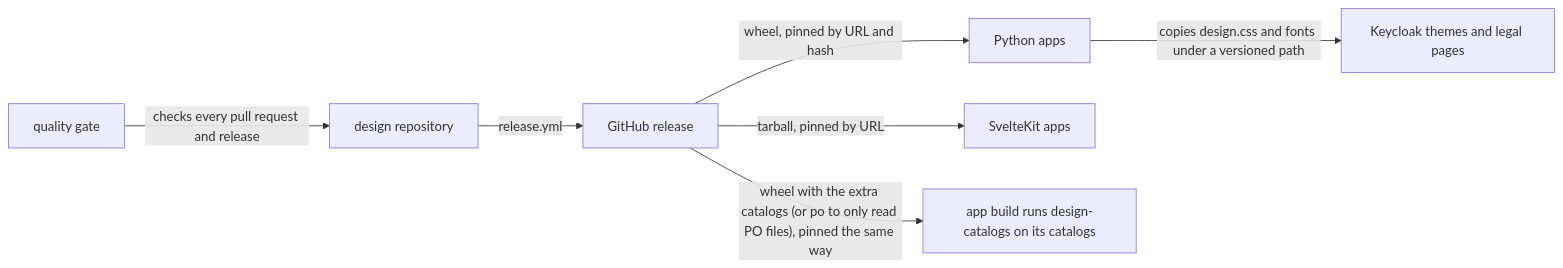
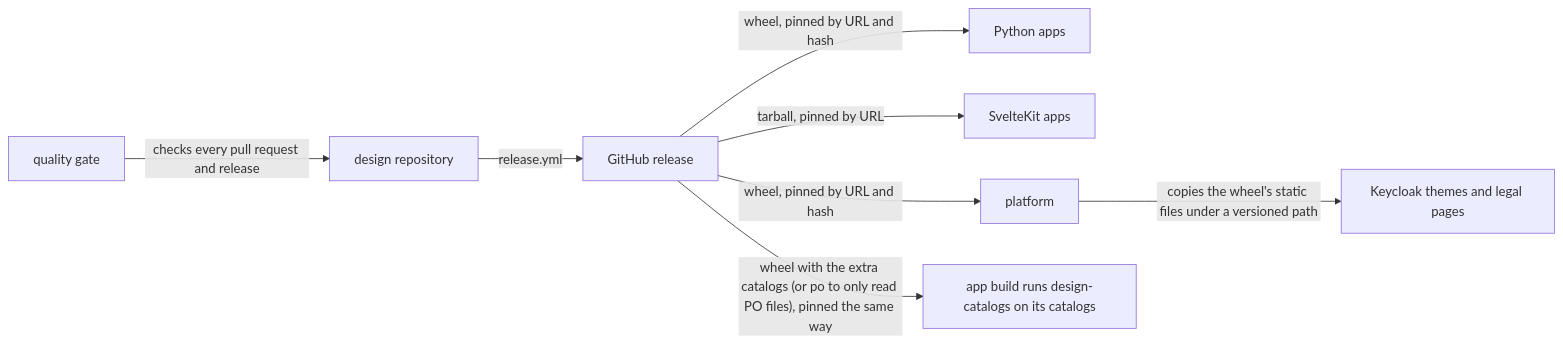
Before and after one commit to overnightworks/design: the first of 3 diagrams in docs/ARCHITECTURE.md, drawn with Mermaid. The commit also changed other lines of this file, not shown here.

First line of the commit message:
Bring ARCHITECTURE to its budget and name platform as the copier of the stylesheet

````diff
--- a/docs/ARCHITECTURE.md
+++ b/docs/ARCHITECTURE.md
@@ -14,15 +16,17 @@
 ```mermaid
 flowchart LR
   design[design repository]
   gate[quality gate]
   release[GitHub release]
   py[Python apps]
   kit[SvelteKit apps]
+  platform[platform]
   kc[Keycloak themes and legal pages]
   gate -- checks every pull request and release --> design
   design -- release.yml --> release
   release -- wheel, pinned by URL and hash --> py
   release -- tarball, pinned by URL --> kit
   release -- wheel with the extra catalogs (or po to only read PO files), pinned the same way --> build[app build runs design-catalogs on its catalogs]
-  py -- copies design.css and fonts under a versioned path --> kc
+  release -- wheel, pinned by URL and hash --> platform
+  platform -- copies the wheel's static files under a versioned path --> kc
 ```
````
